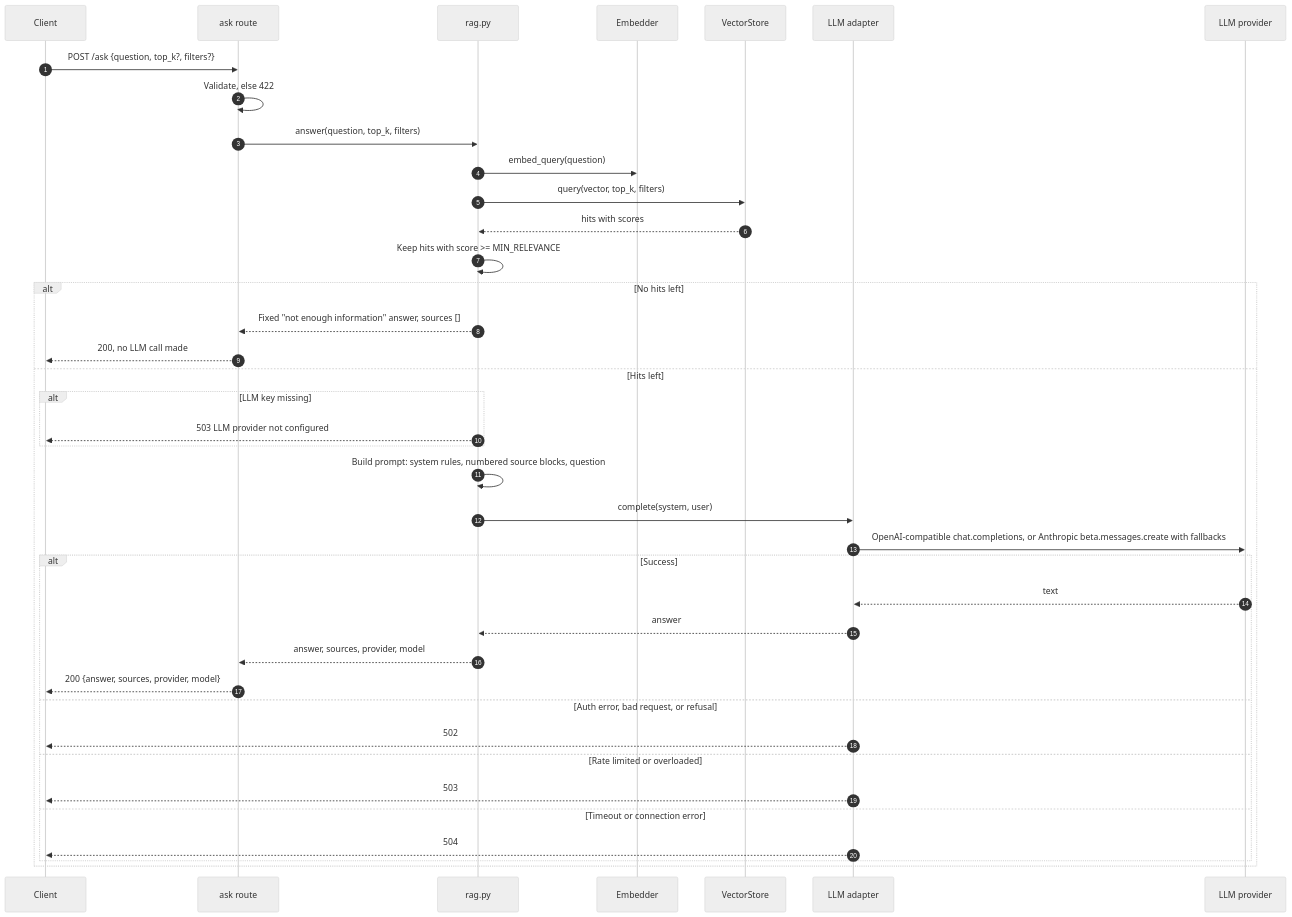
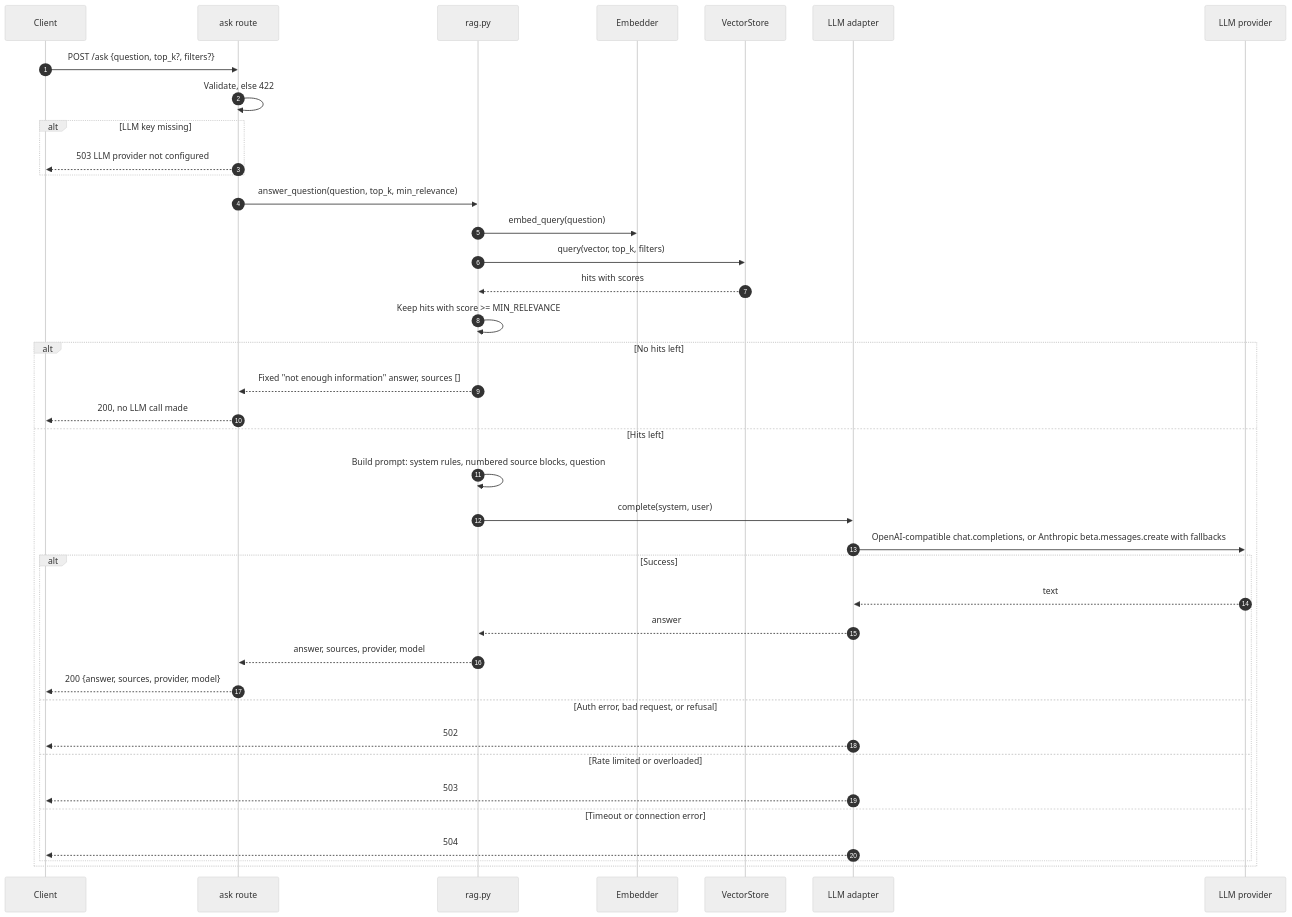
The eighth of 14 diagrams in docs/product/FLOW_DIAGRAMS.md (muhammadasif2017/sourcely), drawn with Mermaid (neutral theme) before and after one commit. The commit also changed other lines of this file and 17 other files, not shown here.

````diff
--- a/docs/product/FLOW_DIAGRAMS.md
+++ b/docs/product/FLOW_DIAGRAMS.md
@@ -249,42 +249,42 @@
 ```mermaid
 sequenceDiagram
     autonumber
     participant C as Client
     participant R as ask route
     participant RAG as rag.py
     participant E as Embedder
     participant V as VectorStore
     participant L as LLM adapter
     participant P as LLM provider
 
     C->>R: POST /ask {question, top_k?, filters?}
     R->>R: Validate, else 422
-    R->>RAG: answer(question, top_k, filters)
+    alt LLM key missing
+        R-->>C: 503 LLM provider not configured
+    end
+    R->>RAG: answer_question(question, top_k, min_relevance)
     RAG->>E: embed_query(question)
     RAG->>V: query(vector, top_k, filters)
     V-->>RAG: hits with scores
     RAG->>RAG: Keep hits with score >= MIN_RELEVANCE
     alt No hits left
         RAG-->>R: Fixed "not enough information" answer, sources []
         R-->>C: 200, no LLM call made
     else Hits left
-        alt LLM key missing
-            RAG-->>C: 503 LLM provider not configured
-        end
         RAG->>RAG: Build prompt: system rules, numbered source blocks, question
         RAG->>L: complete(system, user)
         L->>P: OpenAI-compatible chat.completions, or Anthropic beta.messages.create with fallbacks
         alt Success
             P-->>L: text
             L-->>RAG: answer
             RAG-->>R: answer, sources, provider, model
             R-->>C: 200 {answer, sources, provider, model}
         else Auth error, bad request, or refusal
             L-->>C: 502
         else Rate limited or overloaded
             L-->>C: 503
         else Timeout or connection error
             L-->>C: 504
         end
     end
 ```
````
